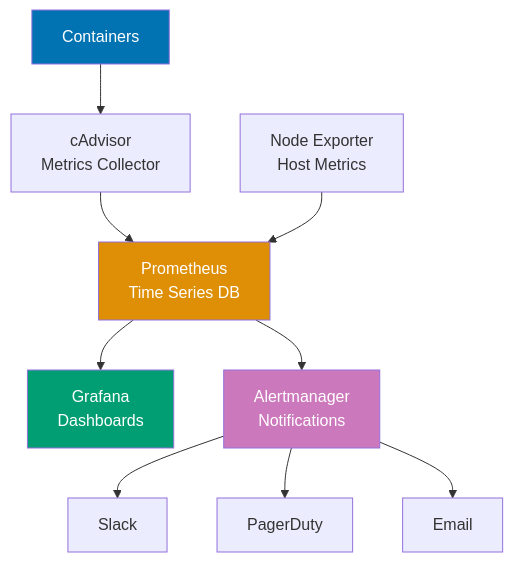
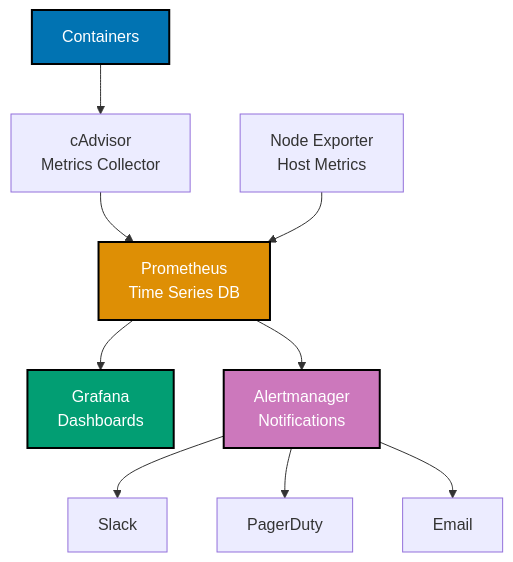
One commit to wahidyankf/open-sharia-enterprise changed diagram 14 of 14 in apps/ayokoding-web/content/en/learn/software-engineering/infrastructure/tools/docker/by-example/advanced.md. Above: the diagram before and after it, drawn with Mermaid. The commit also changed other lines of this file and 25 other files, not shown here.

````diff
--- a/apps/ayokoding-web/content/en/learn/software-engineering/infrastructure/tools/docker/by-example/advanced.md
+++ b/apps/ayokoding-web/content/en/learn/software-engineering/infrastructure/tools/docker/by-example/advanced.md
@@ -5269,18 +5282,19 @@
 ```mermaid
+%% Color Palette: Blue #0173B2, Orange #DE8F05, Teal #029E73, Purple #CC78BC, Brown #CA9161
 graph TD
  A["Containers"] --> B["cAdvisor<br/>Metrics Collector"]
  B --> C["Prometheus<br/>Time Series DB"]
  C --> D["Grafana<br/>Dashboards"]
  C --> E["Alertmanager<br/>Notifications"]
 
  F["Node Exporter<br/>Host Metrics"] --> C
 
  E --> G["Slack"]
  E --> H["PagerDuty"]
  E --> I["Email"]
 
- style A fill:#0173B2,color:#fff
- style C fill:#DE8F05,color:#fff
- style D fill:#029E73,color:#fff
- style E fill:#CC78BC,color:#fff
+ style A fill:#0173B2,stroke:#000000,stroke-width:2px,color:#fff
+ style C fill:#DE8F05,stroke:#000000,stroke-width:2px,color:#fff
+ style D fill:#029E73,stroke:#000000,stroke-width:2px,color:#fff
+ style E fill:#CC78BC,stroke:#000000,stroke-width:2px,color:#fff
 ```
````
